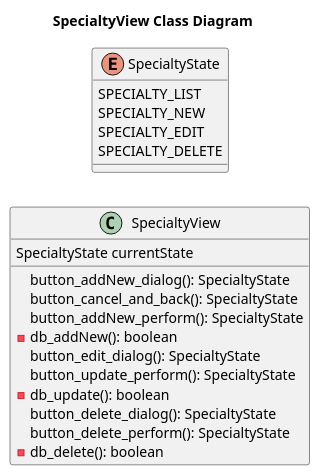
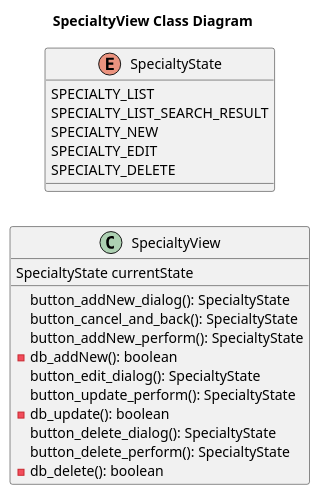
Before and after one commit to Jakarta-EE-Petclinic/petclinic-uml: the diagram in puml/specialty/SpecialtyView__Class.puml, drawn with PlantUML. The commit also changed 1 other file, not shown here.

```diff
--- a/puml/specialty/SpecialtyView__Class.puml
+++ b/puml/specialty/SpecialtyView__Class.puml
@@ -1,30 +1,31 @@
 @startuml
 'https://plantuml.com/class-diagram
 
 title SpecialtyView Class Diagram
 
 left to right direction
 'top to bottom direction
 
 class SpecialtyView {
     SpecialtyState currentState
     button_addNew_dialog(): SpecialtyState
     button_cancel_and_back(): SpecialtyState
     button_addNew_perform(): SpecialtyState
     - db_addNew(): boolean
     button_edit_dialog(): SpecialtyState
     button_update_perform(): SpecialtyState
     - db_update(): boolean
     button_delete_dialog(): SpecialtyState
     button_delete_perform(): SpecialtyState
     - db_delete(): boolean
 }
 
 enum SpecialtyState {
     SPECIALTY_LIST
+    SPECIALTY_LIST_SEARCH_RESULT
     SPECIALTY_NEW
     SPECIALTY_EDIT
     SPECIALTY_DELETE
 }
 
 @enduml
```
